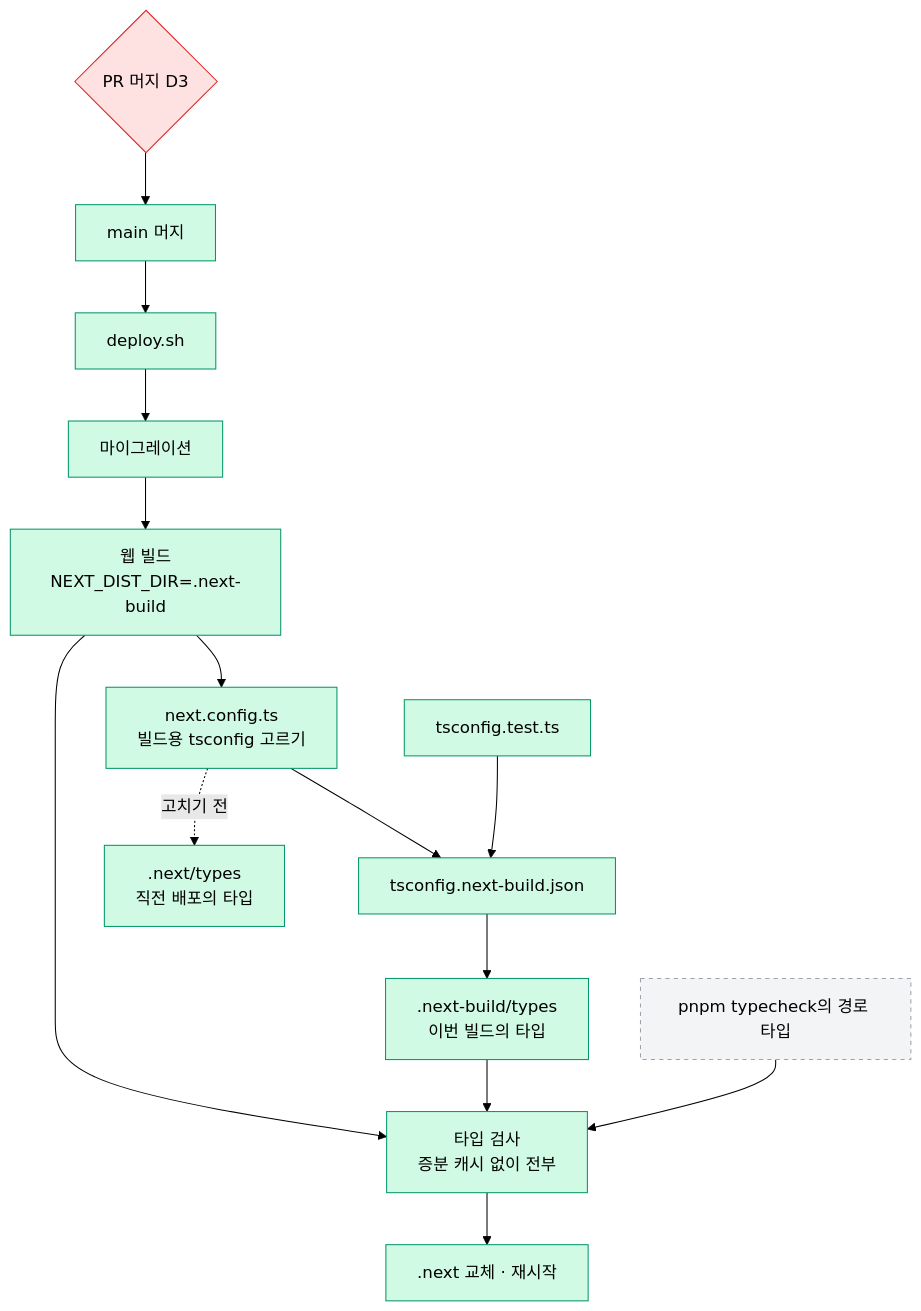
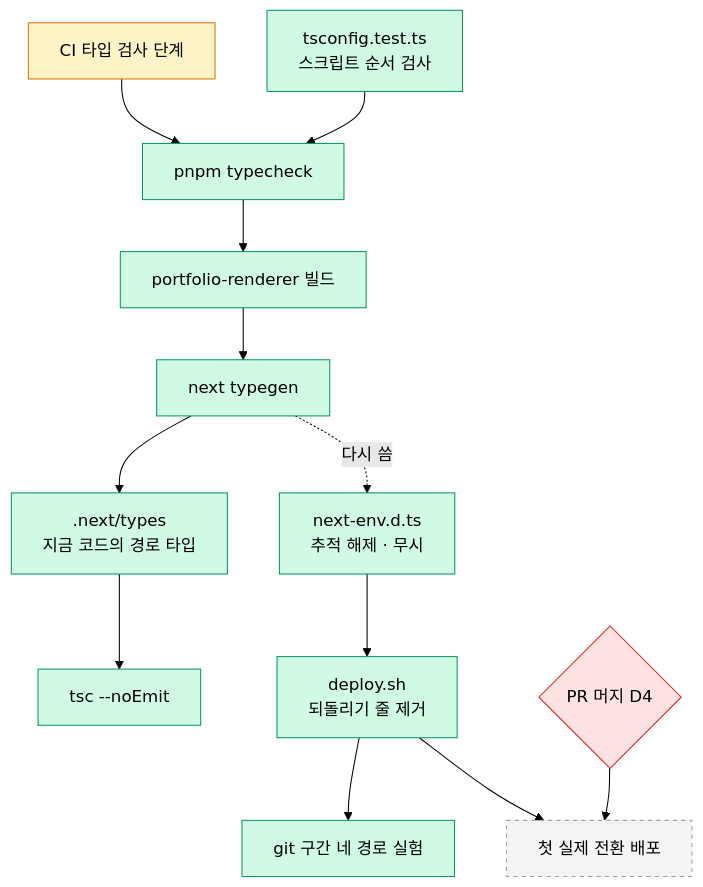
One commit to Expresso-Organization/expresso changed the diagram in .sitrep/sessions/20261115-1330-agent-home/arch.mmd. Above: the diagram before and after it, drawn with Mermaid (forest theme). The commit also changed 9 other files, not shown here.

Commit message:
fix: 웹 타입 검사 전 경로 타입 생성과 next-env.d.ts 추적 해제

```diff
--- a/.sitrep/sessions/20261115-1330-agent-home/arch.mmd
+++ b/.sitrep/sessions/20261115-1330-agent-home/arch.mmd
@@ -1,21 +1,20 @@
 flowchart TD
-  MERGE[main 머지] --> DEPLOY[deploy.sh]
-  DEPLOY --> MIG[마이그레이션]
-  MIG --> BUILD[웹 빌드<br/>NEXT_DIST_DIR=.next-build]
-  BUILD --> CFG[next.config.ts<br/>빌드용 tsconfig 고르기]
-  CFG --> TSB[tsconfig.next-build.json]
-  TSB --> FRESH[.next-build/types<br/>이번 빌드의 타입]
-  CFG -.고치기 전.-> STALE[.next/types<br/>직전 배포의 타입]
-  BUILD --> CHECK[타입 검사<br/>증분 캐시 없이 전부]
-  FRESH --> CHECK
-  CHECK --> SWAP[.next 교체 · 재시작]
-  GUARD[tsconfig.test.ts] --> TSB
-  PR{PR 머지 D3} --> MERGE
-  TC[pnpm typecheck의 경로 타입] --> CHECK
+  TC[pnpm typecheck] --> REN[portfolio-renderer 빌드]
+  REN --> GEN[next typegen]
+  GEN --> TYPES[.next/types<br/>지금 코드의 경로 타입]
+  GEN -.다시 씀.-> ENV[next-env.d.ts<br/>추적 해제 · 무시]
+  TYPES --> TSC[tsc --noEmit]
+  CI[CI 타입 검사 단계] --> TC
+  GUARD[tsconfig.test.ts<br/>스크립트 순서 검사] --> TC
+  ENV --> DEPLOY[deploy.sh<br/>되돌리기 줄 제거]
+  DEPLOY --> GIT[git 구간 네 경로 실험]
+  PR{PR 머지 D4} --> FIRST[첫 실제 전환 배포]
+  DEPLOY --> FIRST
   classDef done fill:#d1fae5,stroke:#059669
   classDef doing fill:#fef3c7,stroke:#d97706
   classDef decide fill:#fee2e2,stroke:#dc2626
   classDef todo fill:#f3f4f6,stroke:#9ca3af,stroke-dasharray:4
-  class DEPLOY,MIG,BUILD,CFG,TSB,FRESH,CHECK,SWAP,GUARD,STALE,MERGE done
+  class TC,REN,GEN,TYPES,ENV,TSC,GUARD,DEPLOY,GIT done
+  class CI doing
   class PR decide
-  class TC todo
+  class FIRST todo
```
